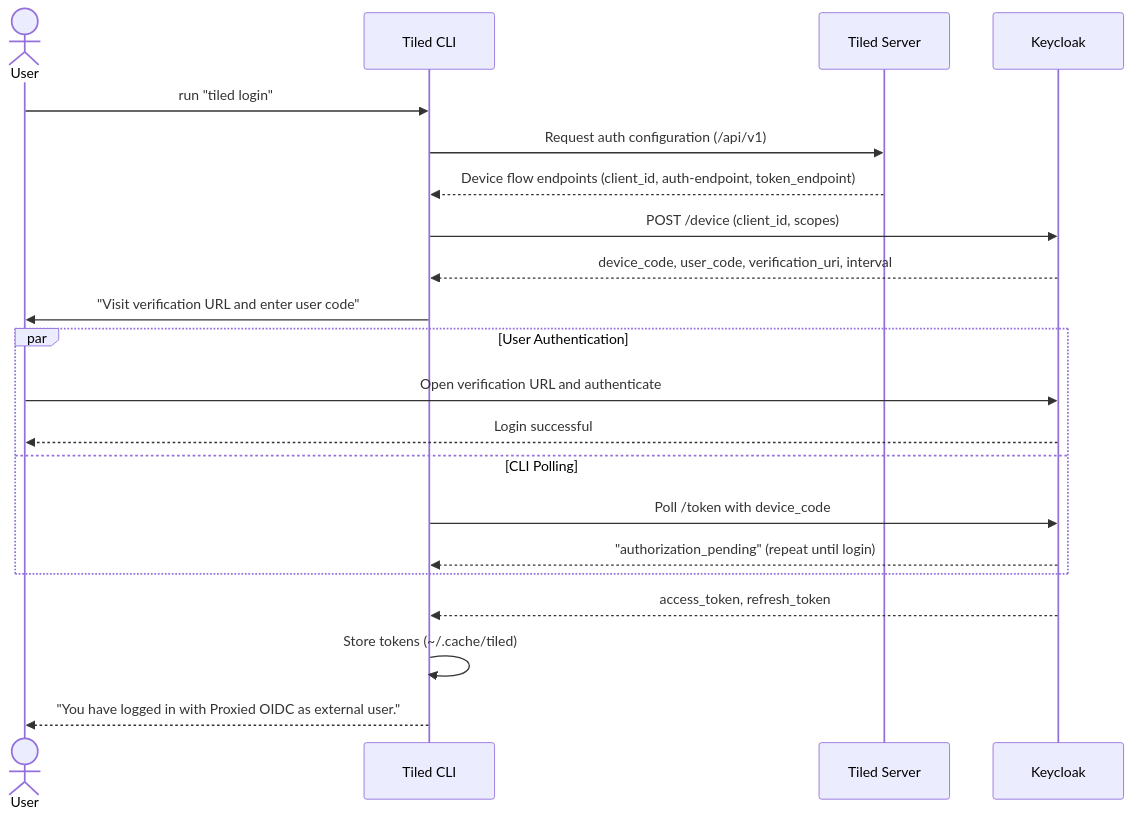
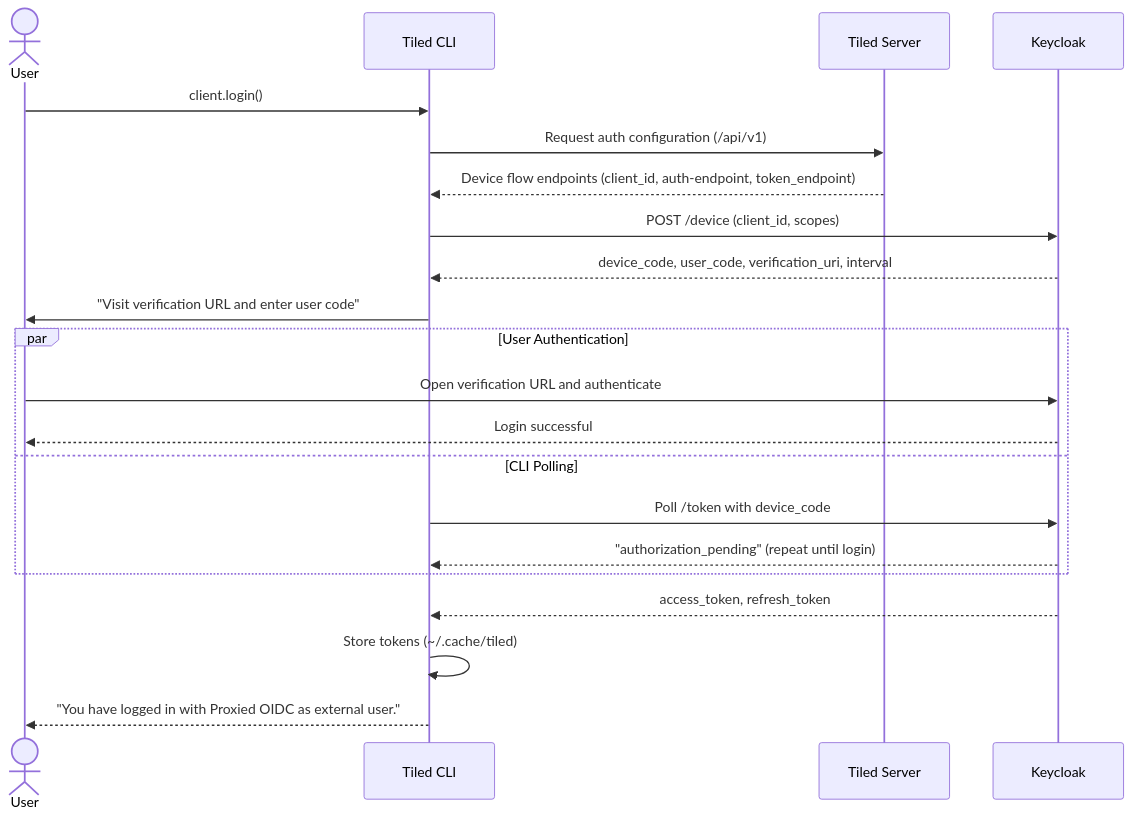
Before and after one commit to bluesky/tiled: the first of 2 diagrams in example_configs/keycloak_oidc/README.md, drawn with Mermaid. The commit also changed other lines of this file, not shown here.

````diff
--- a/example_configs/keycloak_oidc/README.md
+++ b/example_configs/keycloak_oidc/README.md
@@ -11,26 +11,26 @@
 ```mermaid
 sequenceDiagram
     actor User
     participant CLI as Tiled CLI
     participant Server as Tiled Server
     participant IdP as Keycloak
 
-    User->>CLI: run "tiled login"
+    User->>CLI: client.login()
     CLI->>Server: Request auth configuration (/api/v1)
     Server-->>CLI: Device flow endpoints (client_id, auth-endpoint, token_endpoint)
     CLI->>IdP: POST /device (client_id, scopes)
     IdP-->>CLI: device_code, user_code, verification_uri, interval
     CLI->>User: "Visit verification URL and enter user code"
-    
+
     par User Authentication
         User->>IdP: Open verification URL and authenticate
         IdP-->>User: Login successful
     and CLI Polling
         CLI->>IdP: Poll /token with device_code
         IdP-->>CLI: "authorization_pending" (repeat until login)
     end
-    
+
     IdP-->>CLI: access_token, refresh_token
     CLI->>CLI: Store tokens (~/.cache/tiled)
     CLI-->>User: "You have logged in with Proxied OIDC as external user."
 ```
````
